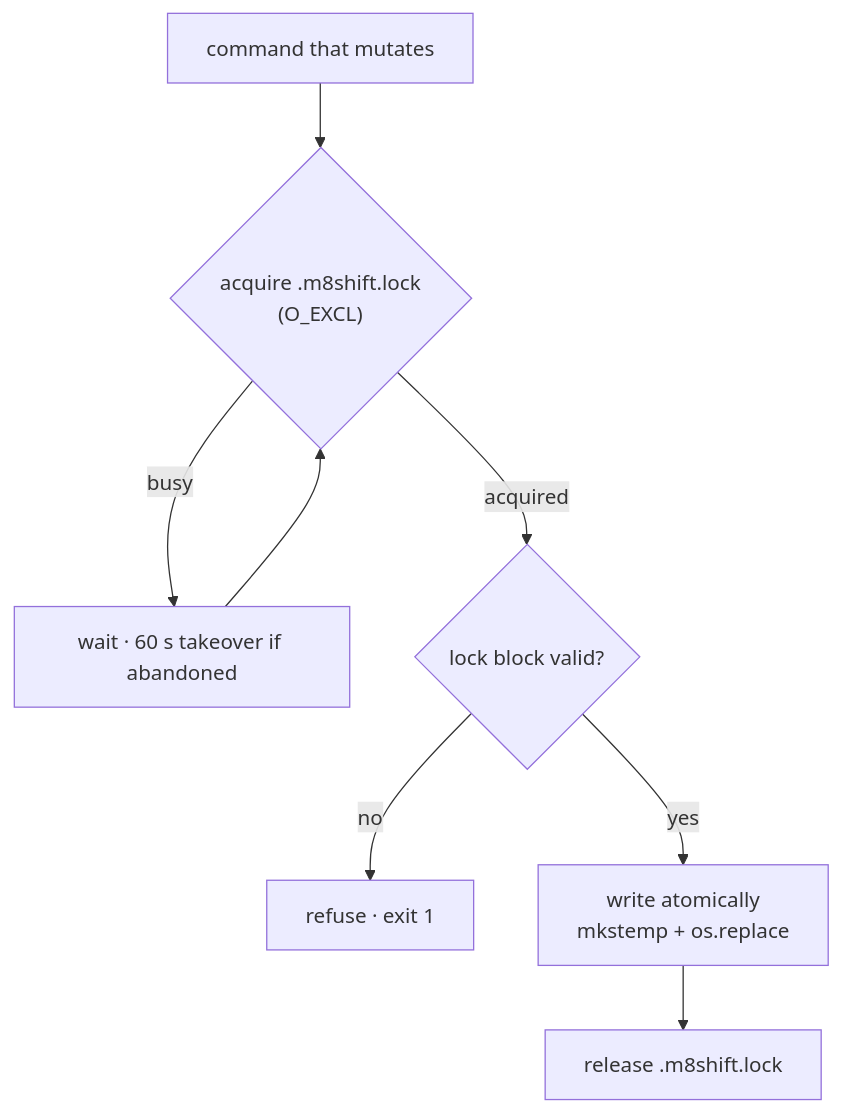
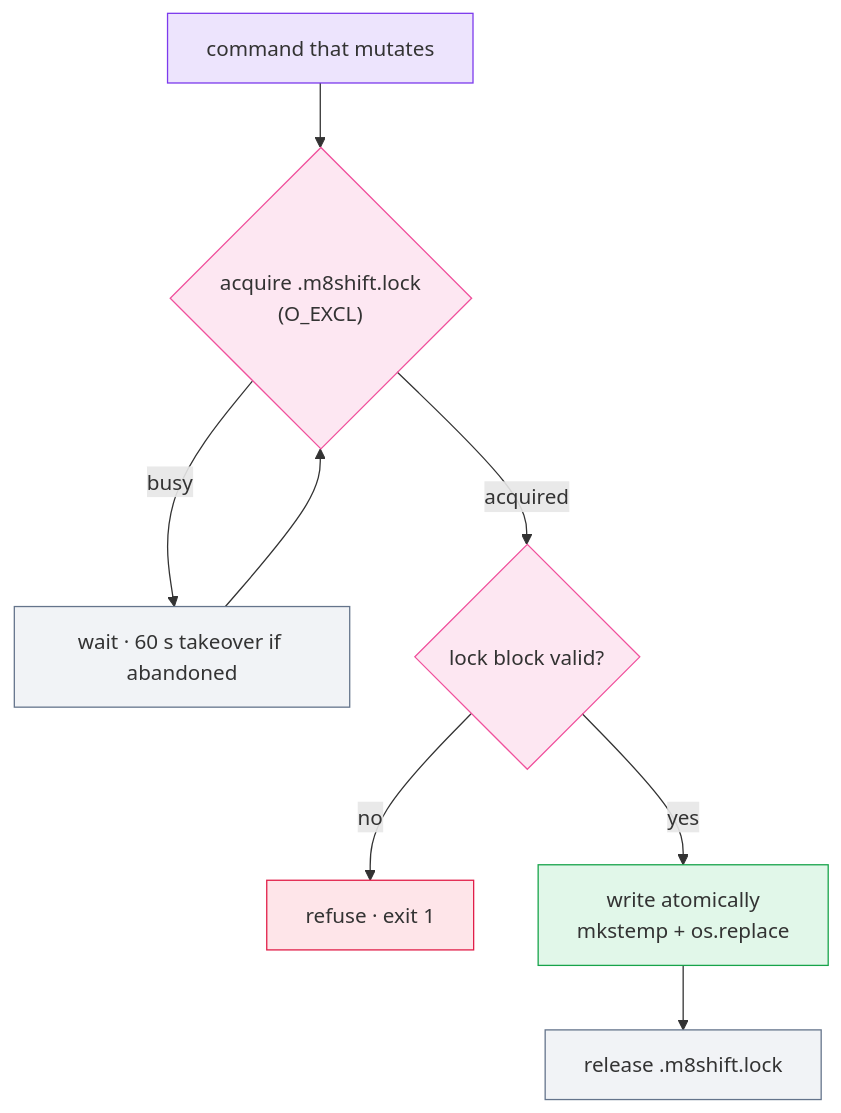
Before and after one commit to M8Shift/m8shift.github.io: the diagram in docs/security/threat-model.md, drawn with Mermaid. The commit also changed other lines of this file and 31 other files, not shown here.

First line of the commit message:
Colorize diagrams and add Mermaid illustrations across the site (EN + FR)

````diff
--- a/docs/security/threat-model.md
+++ b/docs/security/threat-model.md
@@ -10,9 +10,22 @@
 ```mermaid
 flowchart TD
     A["command that mutates"] --> L{"acquire .m8shift.lock<br/>(O_EXCL)"}
     L -->|busy| Q["wait · 60 s takeover if abandoned"] --> L
     L -->|acquired| V{"lock block valid?"}
     V -->|no| X["refuse · exit 1"]
     V -->|yes| W["write atomically<br/>mkstemp + os.replace"]
     W --> R["release .m8shift.lock"]
+
+    classDef agent fill:#7c3aed22,stroke:#7c3aed;
+    classDef pen fill:#f0509c22,stroke:#f0509c;
+    classDef ok fill:#22c55e22,stroke:#16a34a;
+    classDef bad fill:#f43f5e22,stroke:#e11d48;
+    classDef wait fill:#94a3b822,stroke:#64748b;
+    class A agent
+    class L pen
+    class V pen
+    class Q wait
+    class X bad
+    class W ok
+    class R wait
 ```
````
